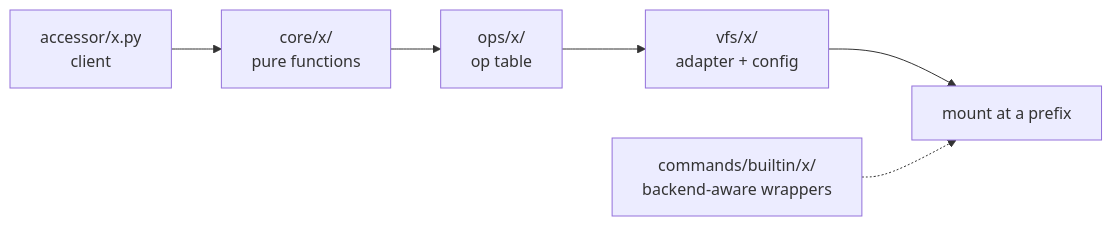
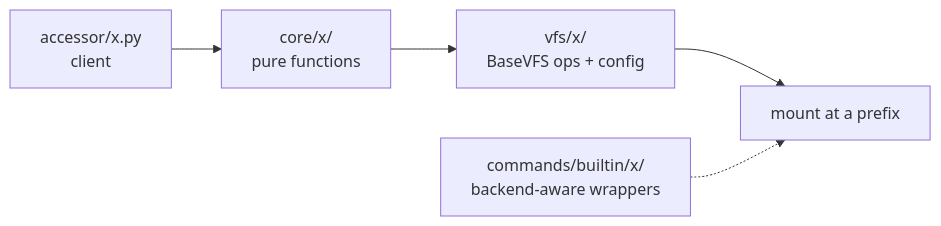
Before and after one commit to bytecii/mirage: the second of 2 diagrams in CLAUDE.md, drawn with Mermaid. The commit also changed other lines of this file and 243 other files, not shown here.

First line of the commit message:
Clean the Files surface, and move trello and history off the mount table

````diff
--- a/CLAUDE.md
+++ b/CLAUDE.md
@@ -280,5 +284,5 @@
 ```mermaid
 flowchart LR
-    A["accessor/x.py<br/>client"] --> C["core/x/<br/>pure functions"] --> O["ops/x/<br/>op table"] --> V["vfs/x/<br/>adapter + config"] --> M["mount at a prefix"]
+    A["accessor/x.py<br/>client"] --> C["core/x/<br/>pure functions"] --> V["vfs/x/<br/>BaseVFS ops + config"] --> M["mount at a prefix"]
     W["commands/builtin/x/<br/>backend-aware wrappers"] -.-> M
 ```
````
